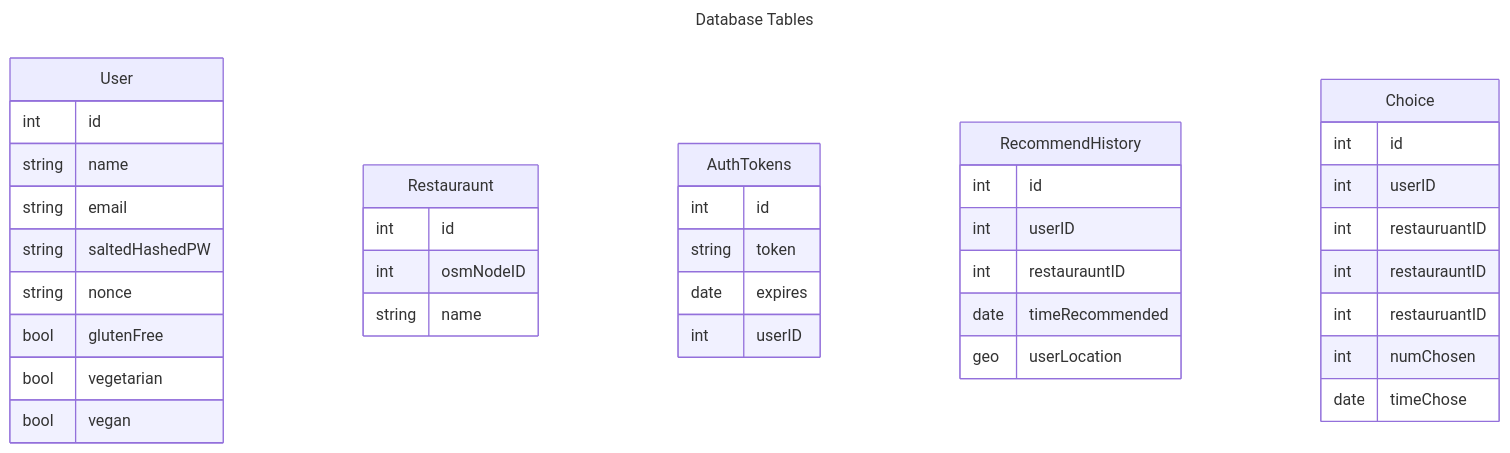
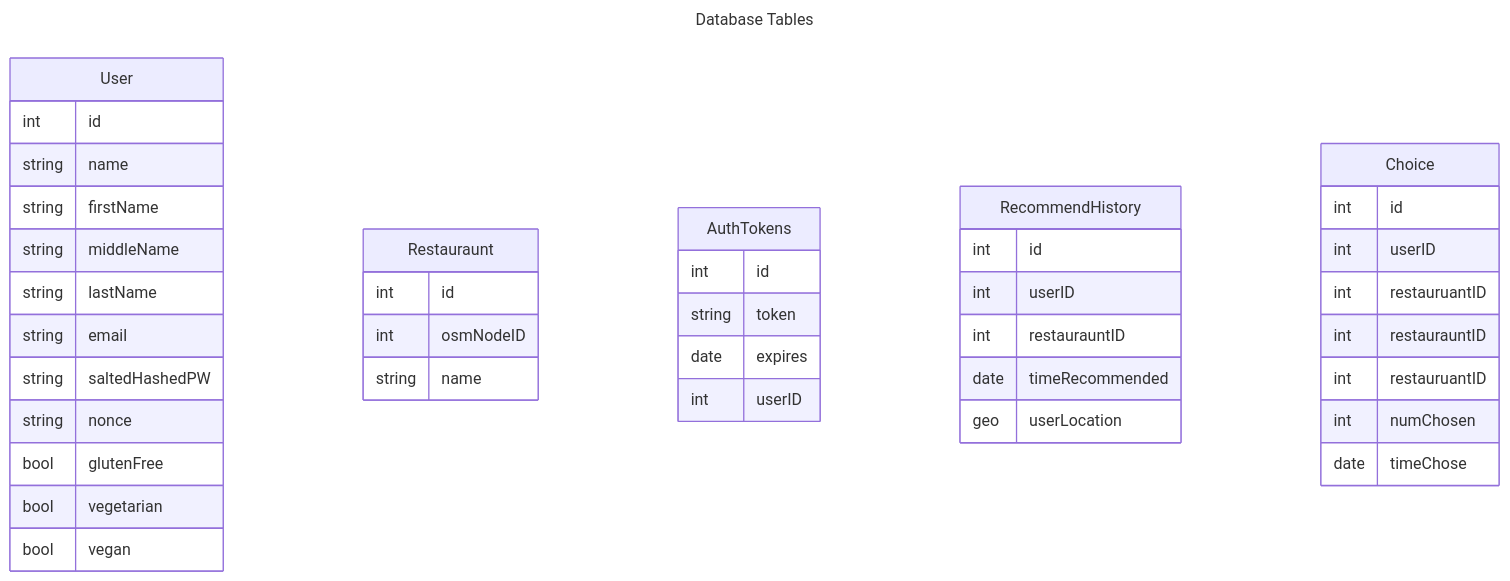
One commit to H6NG/FlavourFinder changed the diagram in backend/dbDocs/db_tables.md. Above: the diagram before and after it, drawn with Mermaid.

Commit message:
added first, middle, lastname to db spec

````diff
--- a/backend/dbDocs/db_tables.md
+++ b/backend/dbDocs/db_tables.md
@@ -6,43 +6,46 @@
 ```mermaid
 ---
 title: Database Tables
 ---
 erDiagram
     User {
     	int		id
         string	name
+		string 	firstName
+		string	middleName
+		string	lastName
         string	email
         string	saltedHashedPW
         string  nonce
         bool	glutenFree
         bool	vegetarian
         bool	vegan
     }
 	Restauraunt {
     	int 	id
 		int		osmNodeID
         string	name
     }
     AuthTokens {
     	int		id
         string	token
         date	expires
         int		userID
     }
 	RecommendHistory {
     	int		id
         int		userID
         int		restaurauntID
         date	timeRecommended
         geo		userLocation
     }
     Choice {
         int 	id
         int		userID
         int		restauruantID
         int		restaurauntID
         int		restauruantID
         int		numChosen
         date	timeChose
     }
 ```
````
